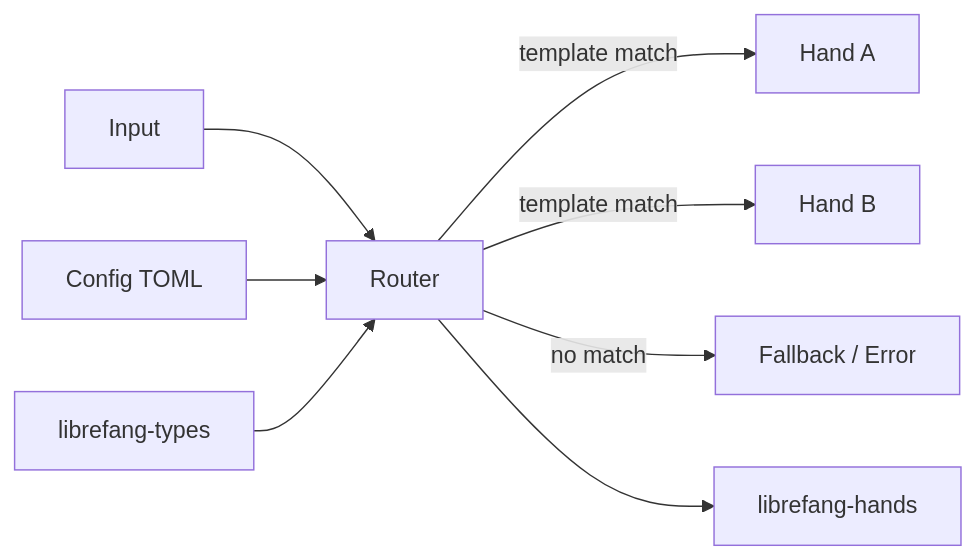
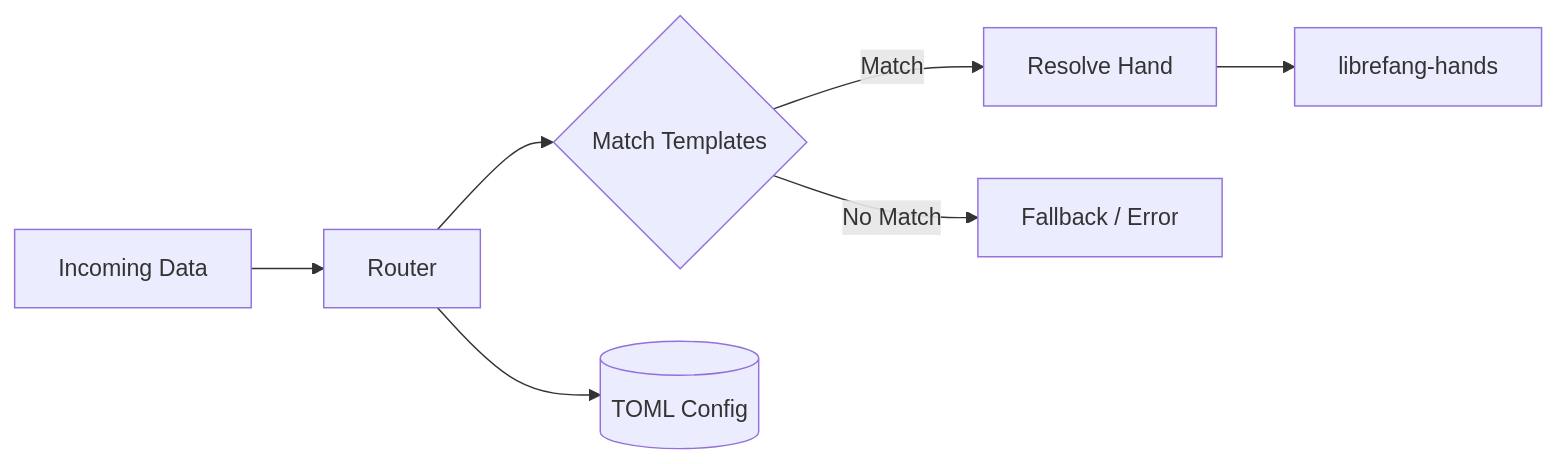
One commit to leszek3737/librefang-WIki changed the diagram in other-librefang-kernel-router.md. Above: the diagram before and after it, drawn with Mermaid. The commit also changed other lines of this file and 110 other files, not shown here.

````diff
--- a/other-librefang-kernel-router.md
+++ b/other-librefang-kernel-router.md
@@ -33,10 +38,9 @@
 ```mermaid
-graph LR
-    A[Input] --> B[Router]
-    B -->|template match| C[Hand A]
-    B -->|template match| D[Hand B]
-    B -->|no match| E[Fallback / Error]
-    F[Config TOML] --> B
-    G[librefang-types] --> B
-    B --> H[librefang-hands]
+flowchart LR
+    A[Incoming Data] --> B[Router]
+    B --> C{Match Templates}
+    C -->|Match| D[Resolve Hand]
+    C -->|No Match| E[Fallback / Error]
+    D --> F[librefang-hands]
+    B --> G[(TOML Config)]
 ```
````
